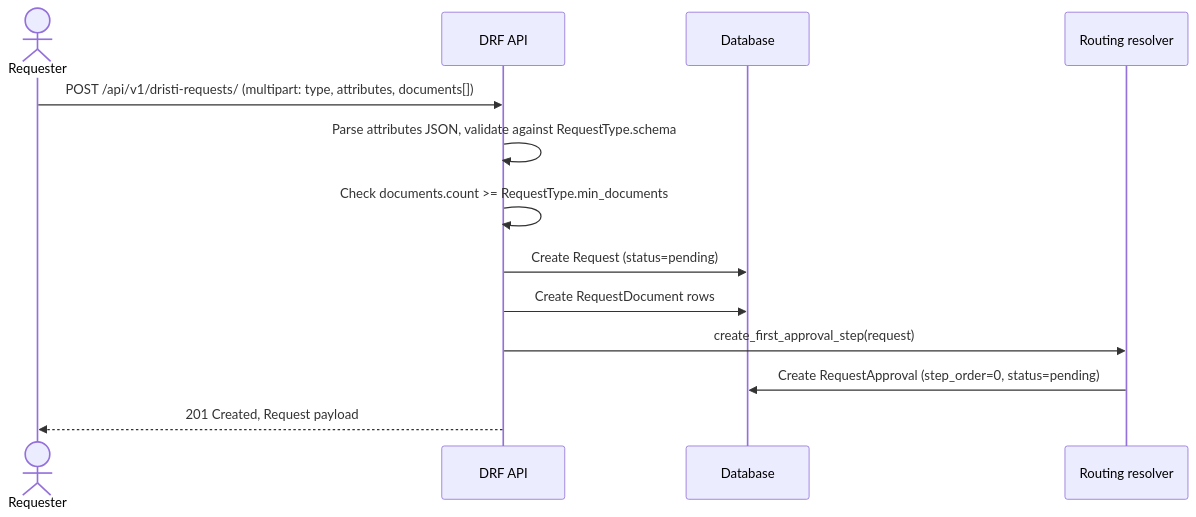
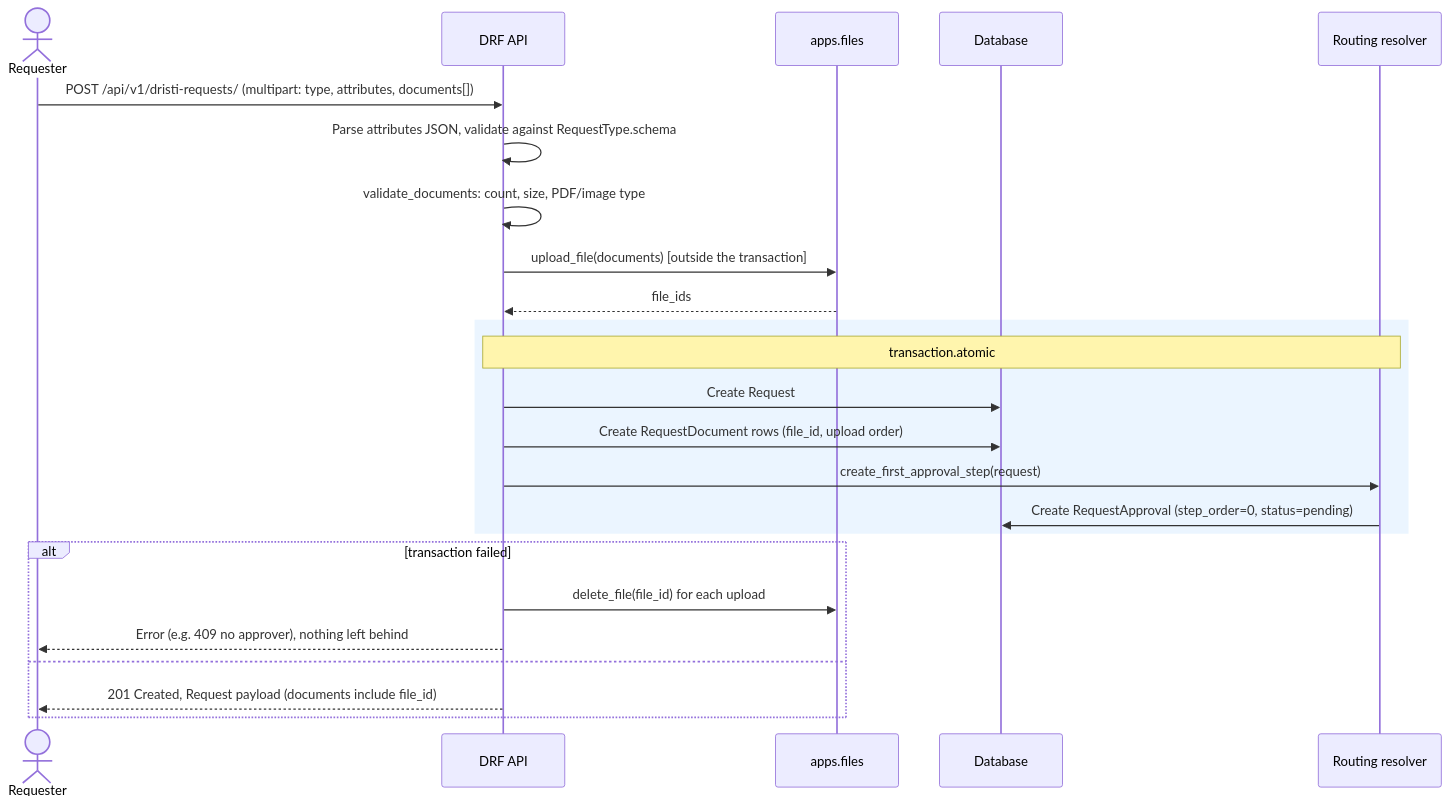
Before and after one commit to pucardotorg/dristi-be: the fifth of 8 diagrams in spec/0010-simple-requests-flow.md, drawn with Mermaid. The commit also changed other lines of this file and 13 other files, not shown here.

Commit message:
Updated dristi_requests document upload and stream to use apps.files

````diff
--- a/spec/0010-simple-requests-flow.md
+++ b/spec/0010-simple-requests-flow.md
@@ -322,16 +388,27 @@
 ```mermaid
 sequenceDiagram
     actor U as Requester
     participant API as DRF API
+    participant F as apps.files
     participant DB as Database
     participant R as Routing resolver
 
     U->>API: POST /api/v1/dristi-requests/ (multipart: type, attributes, documents[])
     API->>API: Parse attributes JSON, validate against RequestType.schema
-    API->>API: Check documents.count >= RequestType.min_documents
-    API->>DB: Create Request (status=pending)
-    API->>DB: Create RequestDocument rows
+    API->>API: validate_documents: count, size, PDF/image type
+    API->>F: upload_file(documents) [outside the transaction]
+    F-->>API: file_ids
+    rect rgb(235, 245, 255)
+    note over API,R: transaction.atomic
+    API->>DB: Create Request
+    API->>DB: Create RequestDocument rows (file_id, upload order)
     API->>R: create_first_approval_step(request)
     R->>DB: Create RequestApproval (step_order=0, status=pending)
-    API-->>U: 201 Created, Request payload
+    end
+    alt transaction failed
+        API->>F: delete_file(file_id) for each upload
+        API-->>U: Error (e.g. 409 no approver), nothing left behind
+    else
+        API-->>U: 201 Created, Request payload (documents include file_id)
+    end
 ```
````
